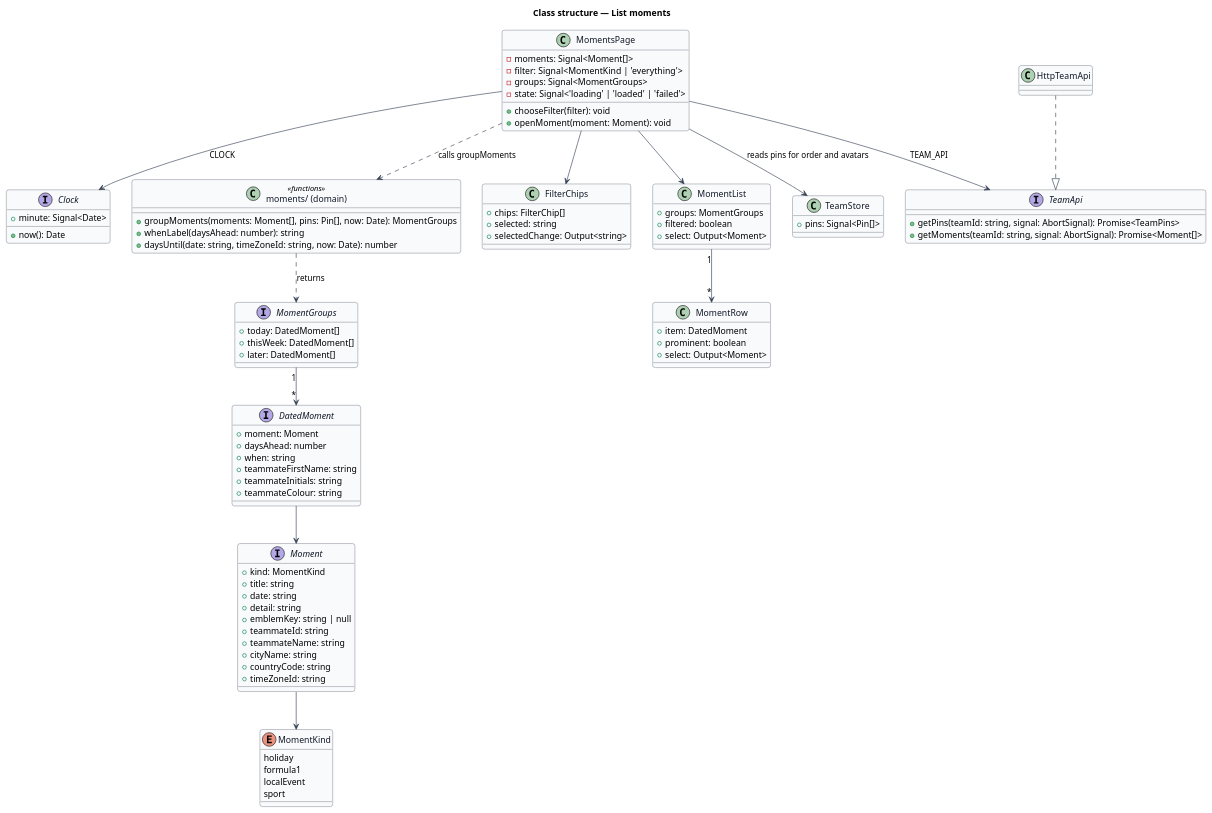
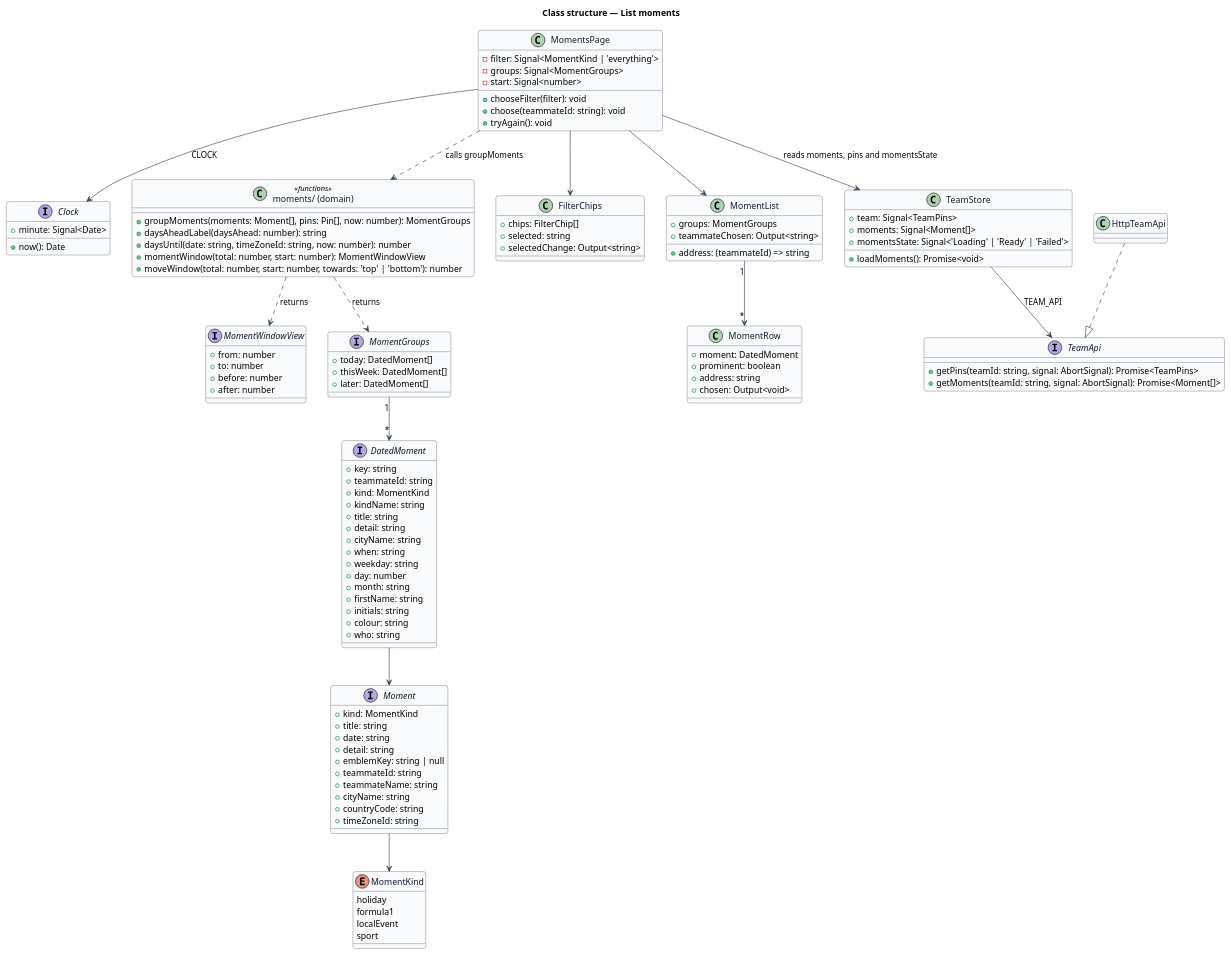
One commit to QuinntyneBrown/Mondino changed the diagram in docs/detailed-designs/moments/list-moments/diagrams/class-structure.puml. Above: the diagram before and after it, drawn with PlantUML. The commit also changed 12 other files, not shown here.

First line of the commit message:
Bring List moments' design in line with the mock and the store it reads

```diff
--- a/docs/detailed-designs/moments/list-moments/diagrams/class-structure.puml
+++ b/docs/detailed-designs/moments/list-moments/diagrams/class-structure.puml
@@ -1,112 +1,135 @@
 @startuml
 ' --- shared skin header ---
 skinparam backgroundColor #FFFFFF
 skinparam shadowing false
 skinparam roundcorner 8
 skinparam defaultFontName Arial
 skinparam ArrowColor #344054
 skinparam class {
   BorderColor #344054
   FontColor #101828
   BackgroundColor #F9FAFB
 }
 ' --------------------------
 title Class structure — List moments
 
 enum MomentKind {
   holiday
   formula1
   localEvent
   sport
 }
 
 interface Moment {
   +kind: MomentKind
   +title: string
   +date: string
   +detail: string
   +emblemKey: string | null
   +teammateId: string
   +teammateName: string
   +cityName: string
   +countryCode: string
   +timeZoneId: string
 }
 
 interface TeamApi {
   +getPins(teamId: string, signal: AbortSignal): Promise<TeamPins>
   +getMoments(teamId: string, signal: AbortSignal): Promise<Moment[]>
 }
 
 class HttpTeamApi
 
 interface Clock {
   +now(): Date
   +minute: Signal<Date>
 }
 
 interface DatedMoment {
-  +moment: Moment
-  +daysAhead: number
+  +key: string
+  +teammateId: string
+  +kind: MomentKind
+  +kindName: string
+  +title: string
+  +detail: string
+  +cityName: string
   +when: string
-  +teammateFirstName: string
-  +teammateInitials: string
-  +teammateColour: string
+  +weekday: string
+  +day: number
+  +month: string
+  +firstName: string
+  +initials: string
+  +colour: string
+  +who: string
+}
+
+interface MomentWindowView {
+  +from: number
+  +to: number
+  +before: number
+  +after: number
 }
 
 interface MomentGroups {
   +today: DatedMoment[]
   +thisWeek: DatedMoment[]
   +later: DatedMoment[]
 }
 
 class "moments/ (domain)" as moments <<functions>> {
-  +groupMoments(moments: Moment[], pins: Pin[], now: Date): MomentGroups
-  +whenLabel(daysAhead: number): string
-  +daysUntil(date: string, timeZoneId: string, now: Date): number
+  +groupMoments(moments: Moment[], pins: Pin[], now: number): MomentGroups
+  +daysAheadLabel(daysAhead: number): string
+  +daysUntil(date: string, timeZoneId: string, now: number): number
+  +momentWindow(total: number, start: number): MomentWindowView
+  +moveWindow(total: number, start: number, towards: 'top' | 'bottom'): number
 }
 
 class MomentsPage {
-  -moments: Signal<Moment[]>
   -filter: Signal<MomentKind | 'everything'>
   -groups: Signal<MomentGroups>
-  -state: Signal<'loading' | 'loaded' | 'failed'>
+  -start: Signal<number>
   +chooseFilter(filter): void
-  +openMoment(moment: Moment): void
+  +choose(teammateId: string): void
+  +tryAgain(): void
 }
 
 class FilterChips {
   +chips: FilterChip[]
   +selected: string
   +selectedChange: Output<string>
 }
 
 class MomentList {
   +groups: MomentGroups
-  +filtered: boolean
-  +select: Output<Moment>
+  +address: (teammateId) => string
+  +teammateChosen: Output<string>
 }
 
 class MomentRow {
-  +item: DatedMoment
+  +moment: DatedMoment
   +prominent: boolean
-  +select: Output<Moment>
+  +address: string
+  +chosen: Output<void>
 }
 
 class TeamStore {
-  +pins: Signal<Pin[]>
+  +team: Signal<TeamPins>
+  +moments: Signal<Moment[]>
+  +momentsState: Signal<'Loading' | 'Ready' | 'Failed'>
+  +loadMoments(): Promise<void>
 }
 
 HttpTeamApi ..|> TeamApi
-MomentsPage --> TeamApi : TEAM_API
+TeamStore --> TeamApi : TEAM_API
 MomentsPage --> Clock : CLOCK
 MomentsPage ..> moments : calls groupMoments
 MomentsPage --> FilterChips
 MomentsPage --> MomentList
-MomentsPage --> TeamStore : reads pins for order and avatars
+MomentsPage --> TeamStore : reads moments, pins and momentsState
 MomentList "1" --> "*" MomentRow
 moments ..> MomentGroups : returns
+moments ..> MomentWindowView : returns
 MomentGroups "1" --> "*" DatedMoment
 DatedMoment --> Moment
 Moment --> MomentKind
 @enduml
```
